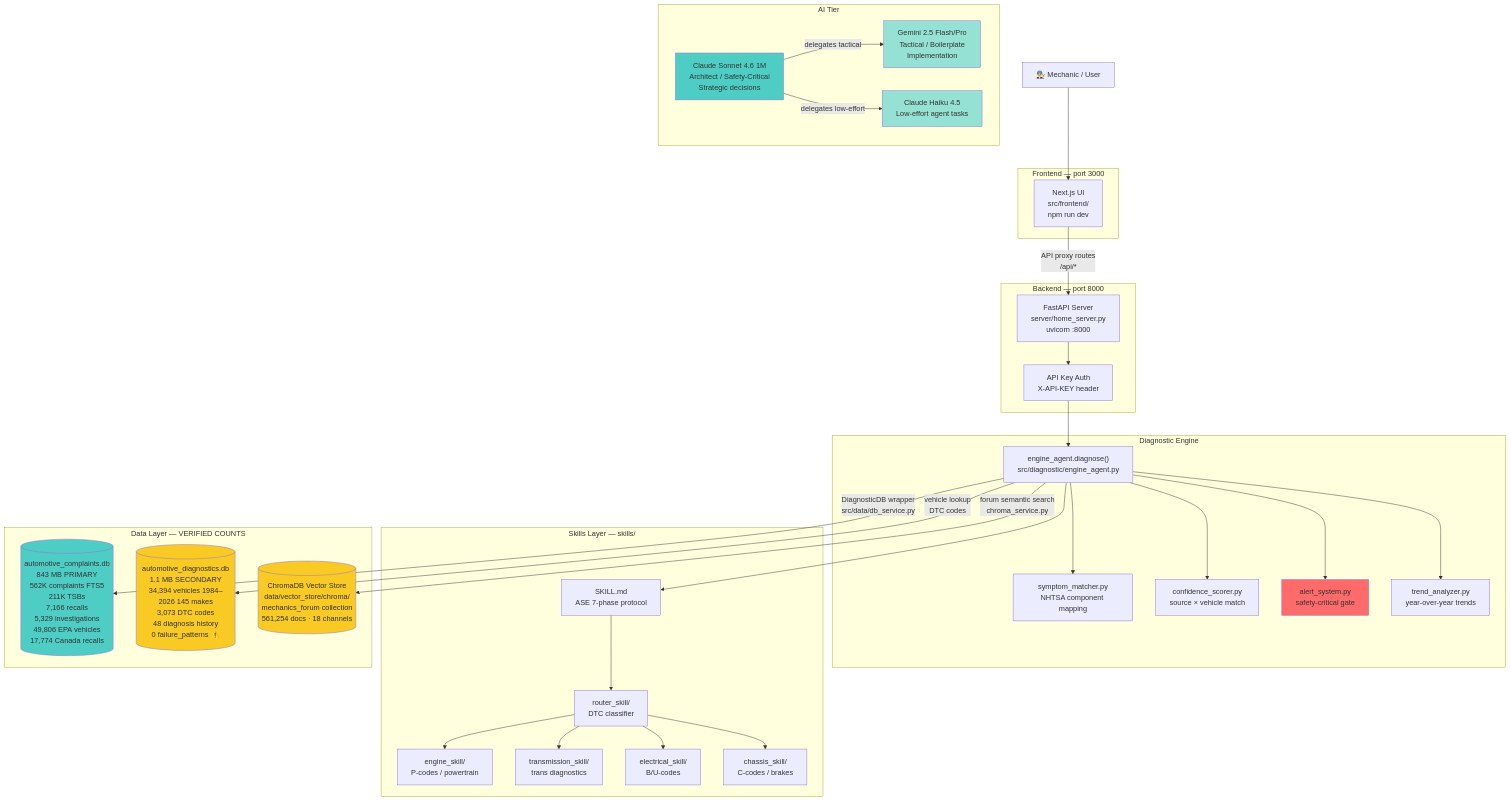
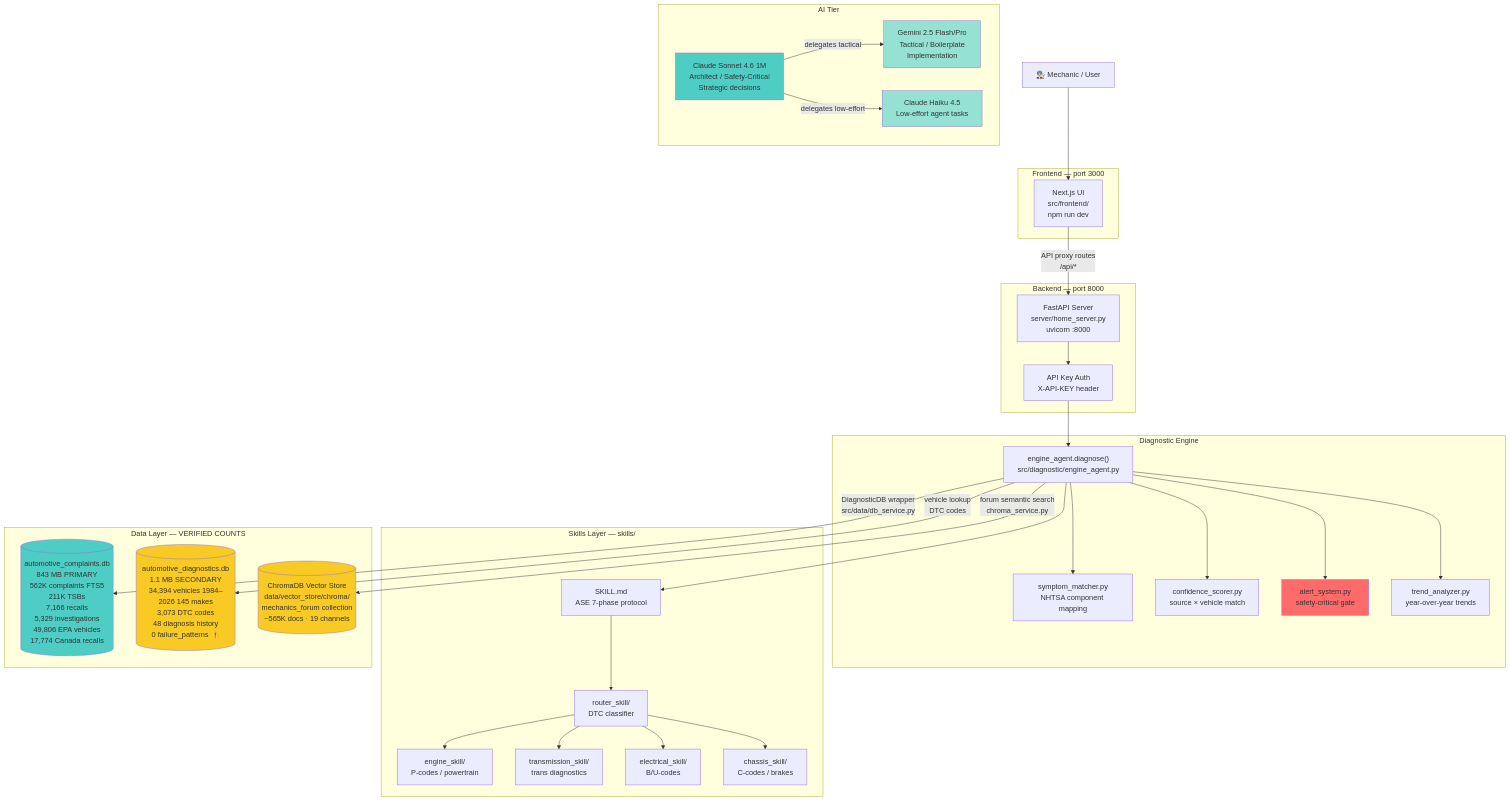
One commit to MrPoteete/automotive-diagnostic-skills changed the first of 8 diagrams in .claude/docs/DIAGRAMS.md. Above: the diagram before and after it, drawn with Mermaid. The commit also changed other lines of this file and 2 other files, not shown here.

First line of the commit message:
docs: session close — update ChromaDB counts, manifest, GoTech added

````diff
--- a/.claude/docs/DIAGRAMS.md
+++ b/.claude/docs/DIAGRAMS.md
@@ -12,67 +12,67 @@
 ```mermaid
 graph TB
     User[👨‍🔧 Mechanic / User]
 
     subgraph "Frontend — port 3000"
         NextUI["Next.js UI\nsrc/frontend/\nnpm run dev"]
     end
 
     subgraph "Backend — port 8000"
         API["FastAPI Server\nserver/home_server.py\nuvicorn :8000"]
         Auth["API Key Auth\nX-API-KEY header"]
     end
 
     subgraph "Diagnostic Engine"
         EngineAgent["engine_agent.diagnose()\nsrc/diagnostic/engine_agent.py"]
         SymptomMatcher["symptom_matcher.py\nNHTSA component mapping"]
         ConfidenceScorer["confidence_scorer.py\nsource × vehicle match"]
         AlertSystem["alert_system.py\nsafety-critical gate"]
         TrendAnalyzer["trend_analyzer.py\nyear-over-year trends"]
     end
 
     subgraph "Skills Layer — skills/"
         MainSkill["SKILL.md\nASE 7-phase protocol"]
         RouterSkill["router_skill/\nDTC classifier"]
         EngineSkill["engine_skill/\nP-codes / powertrain"]
         TransSkill["transmission_skill/\ntrans diagnostics"]
         ElecSkill["electrical_skill/\nB/U-codes"]
         ChassisSkill["chassis_skill/\nC-codes / brakes"]
     end
 
     subgraph "Data Layer — VERIFIED COUNTS"
         ComplaintsDB[("automotive_complaints.db\n843 MB PRIMARY\n562K complaints FTS5\n211K TSBs\n7,166 recalls\n5,329 investigations\n49,806 EPA vehicles\n17,774 Canada recalls")]
         DiagnosticsDB[("automotive_diagnostics.db\n1.1 MB SECONDARY\n34,394 vehicles 1984–2026 145 makes\n3,073 DTC codes\n48 diagnosis history\n0 failure_patterns ⚠️")]
-        ChromaDB[("ChromaDB Vector Store\ndata/vector_store/chroma/\nmechanics_forum collection\n561,254 docs · 18 channels")]
+        ChromaDB[("ChromaDB Vector Store\ndata/vector_store/chroma/\nmechanics_forum collection\n~565K docs · 19 channels")]
     end
 
     subgraph "AI Tier"
         Claude["Claude Sonnet 4.6 1M\nArchitect / Safety-Critical\nStrategic decisions"]
         Gemini["Gemini 2.5 Flash/Pro\nTactical / Boilerplate\nImplementation"]
         Haiku["Claude Haiku 4.5\nLow-effort agent tasks"]
     end
 
     User --> NextUI
     NextUI -->|"API proxy routes\n/api/*"| API
     API --> Auth
     Auth --> EngineAgent
     EngineAgent --> SymptomMatcher
     EngineAgent --> ConfidenceScorer
     EngineAgent --> AlertSystem
     EngineAgent --> TrendAnalyzer
     EngineAgent --> MainSkill
     MainSkill --> RouterSkill
     RouterSkill --> EngineSkill & TransSkill & ElecSkill & ChassisSkill
     EngineAgent -->|"DiagnosticDB wrapper\nsrc/data/db_service.py"| ComplaintsDB
     EngineAgent -->|"vehicle lookup\nDTC codes"| DiagnosticsDB
     EngineAgent -->|"forum semantic search\nchroma_service.py"| ChromaDB
     Claude -->|"delegates tactical"| Gemini
     Claude -->|"delegates low-effort"| Haiku
 
     style ComplaintsDB fill:#4ecdc4
     style DiagnosticsDB fill:#f9ca24
     style ChromaDB fill:#f9ca24
     style AlertSystem fill:#ff6b6b
     style Claude fill:#4ecdc4
     style Gemini fill:#95e1d3
     style Haiku fill:#95e1d3
 ```
````
